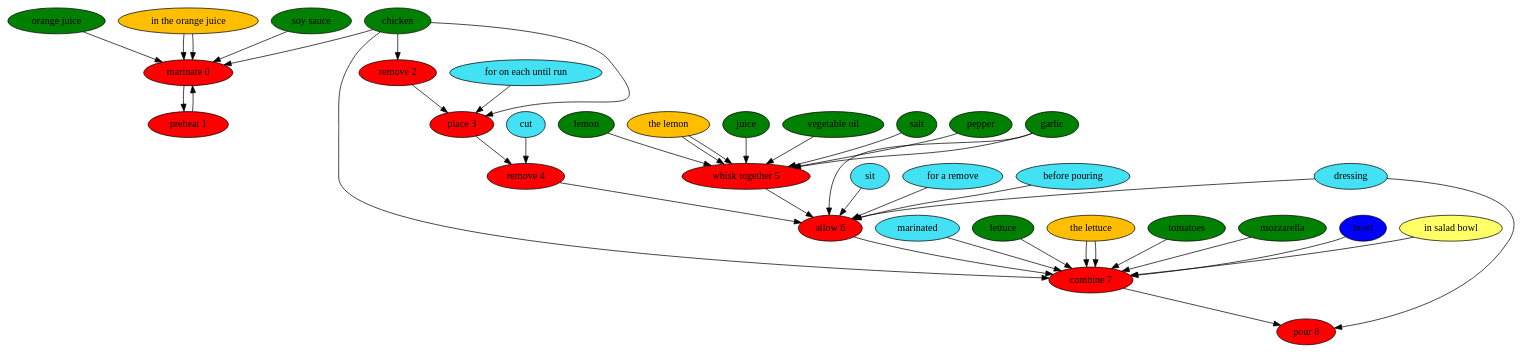
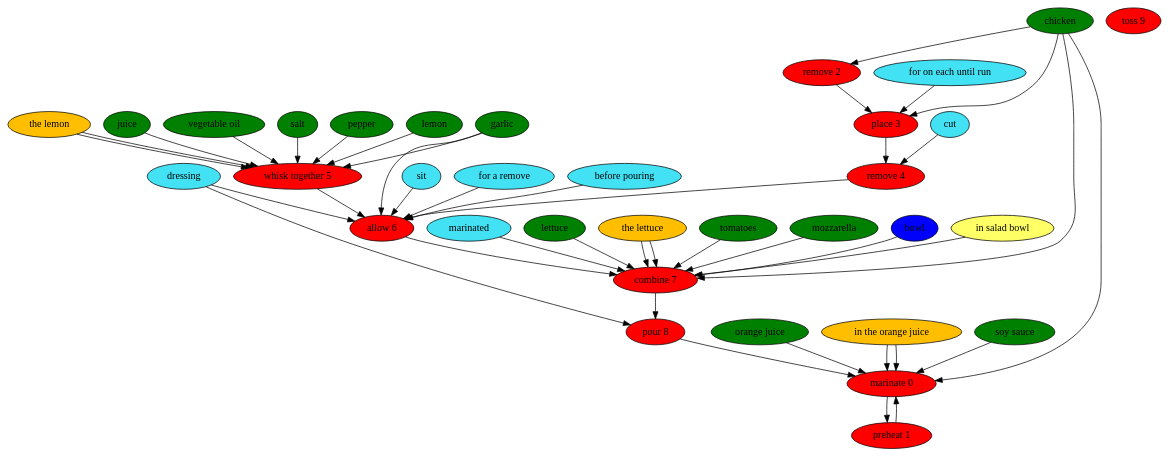
One commit to can-keklik/RecipePostagger changed the diagram in results/paper/teriyaki-chicken-salad.dot. Above: the diagram before and after it, drawn with Graphviz. The commit also changed 36 other files, not shown here.

```diff
--- a/results/paper/teriyaki-chicken-salad.dot
+++ b/results/paper/teriyaki-chicken-salad.dot
@@ -1,83 +1,85 @@
 digraph G {
 "marinate 0" [style=filled, fillcolor=red];
 chicken [style=filled, fillcolor=green];
 chicken -> "marinate 0";
 "orange juice" [style=filled, fillcolor=green];
 "orange juice" -> "marinate 0";
 "in the orange juice" [style=filled, fillcolor="#01DFA5"];
 "in the orange juice" -> "marinate 0";
 "soy sauce" [style=filled, fillcolor=green];
 "soy sauce" -> "marinate 0";
 "in the orange juice" [style=filled, fillcolor="#FFBF00"];
 "in the orange juice" -> "marinate 0";
 "preheat 1" [style=filled, fillcolor=red];
 "remove 2" [style=filled, fillcolor=red];
 chicken [style=filled, fillcolor=green];
 chicken -> "remove 2";
 "place 3" [style=filled, fillcolor=red];
 "for on each until run" [style=filled, fillcolor="#42e2f4"];
 "for on each until run" -> "place 3";
 chicken [style=filled, fillcolor=green];
 chicken -> "place 3";
 "remove 4" [style=filled, fillcolor=red];
 cut [style=filled, fillcolor="#42e2f4"];
 cut -> "remove 4";
 "whisk together 5" [style=filled, fillcolor=red];
 lemon [style=filled, fillcolor=green];
 lemon -> "whisk together 5";
 "the lemon" [style=filled, fillcolor="#01DFA5"];
 "the lemon" -> "whisk together 5";
 juice [style=filled, fillcolor=green];
 juice -> "whisk together 5";
 "vegetable oil" [style=filled, fillcolor=green];
 "vegetable oil" -> "whisk together 5";
 salt [style=filled, fillcolor=green];
 salt -> "whisk together 5";
 pepper [style=filled, fillcolor=green];
 pepper -> "whisk together 5";
 garlic [style=filled, fillcolor=green];
 garlic -> "whisk together 5";
 "the lemon" [style=filled, fillcolor="#FFBF00"];
 "the lemon" -> "whisk together 5";
 "allow 6" [style=filled, fillcolor=red];
 sit [style=filled, fillcolor="#42e2f4"];
 sit -> "allow 6";
 dressing [style=filled, fillcolor="#42e2f4"];
 dressing -> "allow 6";
 "for a remove" [style=filled, fillcolor="#42e2f4"];
 "for a remove" -> "allow 6";
 "before pouring" [style=filled, fillcolor="#42e2f4"];
 "before pouring" -> "allow 6";
 garlic [style=filled, fillcolor=green];
 garlic -> "allow 6";
 "combine 7" [style=filled, fillcolor=red];
 marinated [style=filled, fillcolor="#42e2f4"];
 marinated -> "combine 7";
 lettuce [style=filled, fillcolor=green];
 lettuce -> "combine 7";
 "the lettuce" [style=filled, fillcolor="#01DFA5"];
 "the lettuce" -> "combine 7";
 tomatoes [style=filled, fillcolor=green];
 tomatoes -> "combine 7";
 mozzarella [style=filled, fillcolor=green];
 mozzarella -> "combine 7";
 chicken [style=filled, fillcolor=green];
 chicken -> "combine 7";
 bowl [style=filled, fillcolor="#0000ff"];
 bowl -> "combine 7";
 "in salad bowl" [style=filled, fillcolor="#ffff66"];
 "in salad bowl" -> "combine 7";
 "the lettuce" [style=filled, fillcolor="#FFBF00"];
 "the lettuce" -> "combine 7";
 "pour 8" [style=filled, fillcolor=red];
 dressing [style=filled, fillcolor="#42e2f4"];
 dressing -> "pour 8";
+"toss 9" [style=filled, fillcolor=red];
 "marinate 0" -> "preheat 1";
 "preheat 1" -> "marinate 0";
 "remove 2" -> "place 3";
 "place 3" -> "remove 4";
 "remove 4" -> "allow 6";
 "whisk together 5" -> "allow 6";
 "allow 6" -> "combine 7";
 "combine 7" -> "pour 8";
+"pour 8" -> "marinate 0";
 }
```
